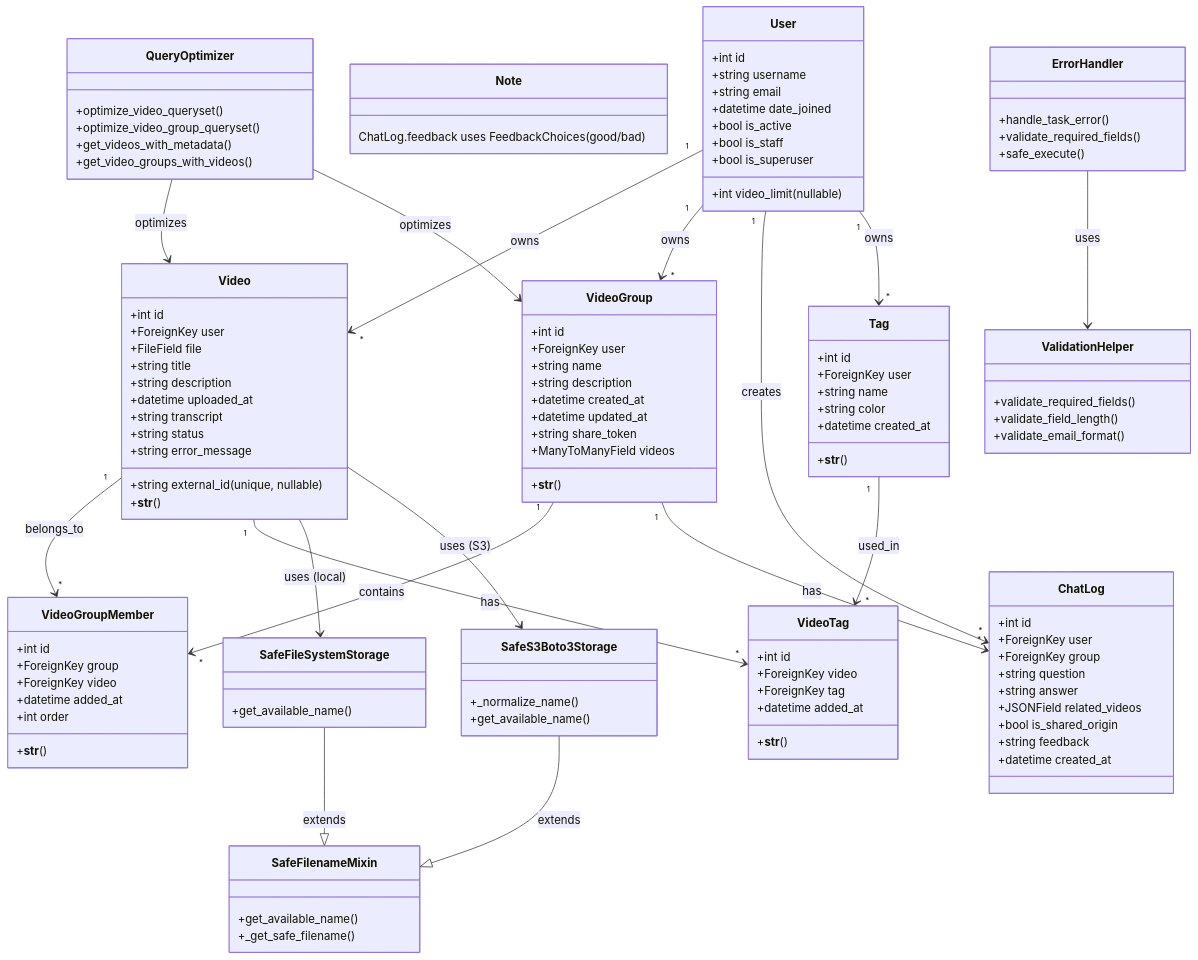
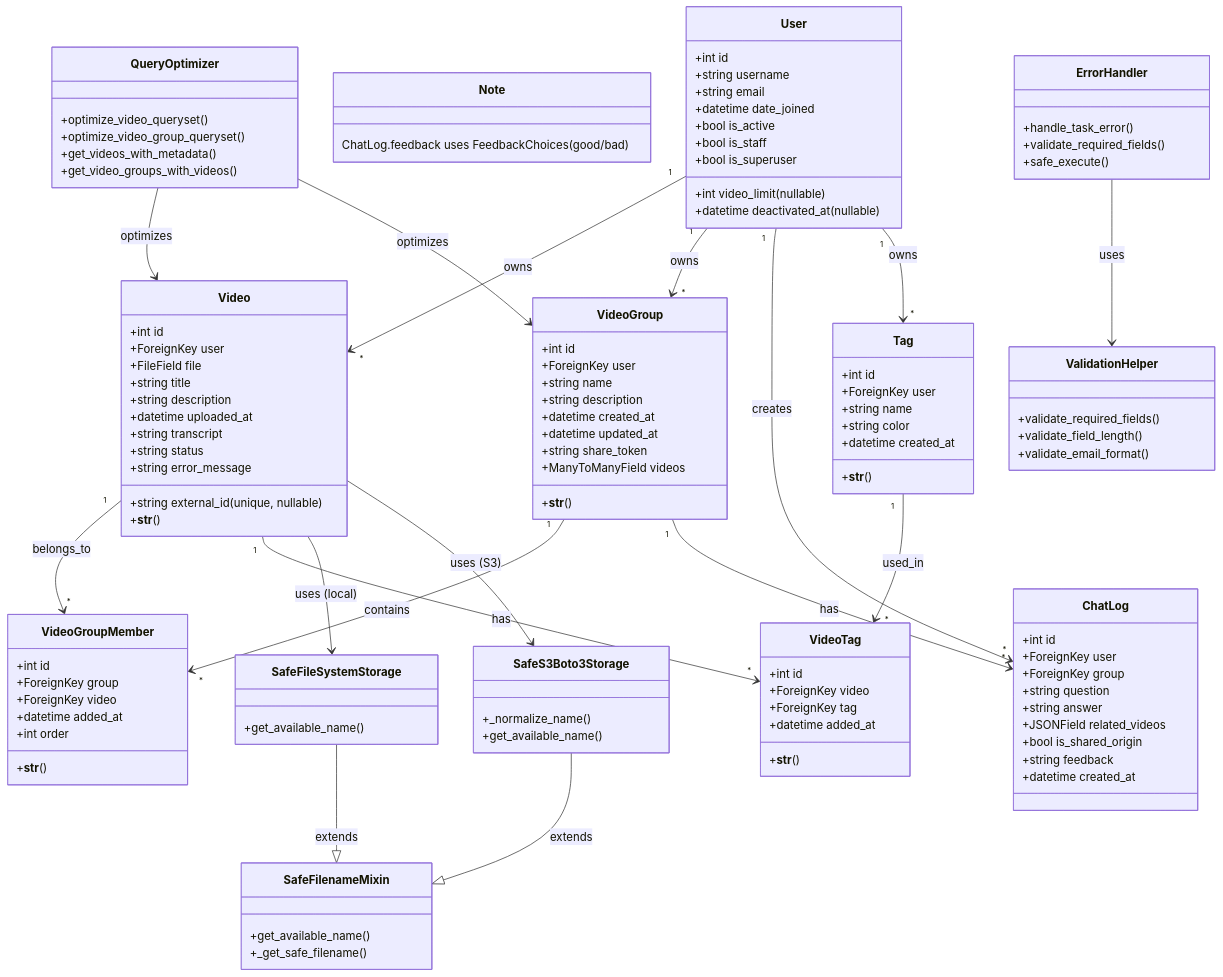
Before and after one commit to yukiharada1228/videoq: the first of 3 diagrams in docs/design/class-diagram.md, drawn with Mermaid. The commit also changed other lines of this file and 13 other files, not shown here.

Commit message:
docs: update diagrams for account deactivation

```diff
--- a/docs/design/class-diagram.md
+++ b/docs/design/class-diagram.md
@@ -17,6 +17,7 @@
         +bool is_staff
         +bool is_superuser
         +int video_limit (nullable)
+        +datetime deactivated_at (nullable)
     }
     
     class Video {
```
